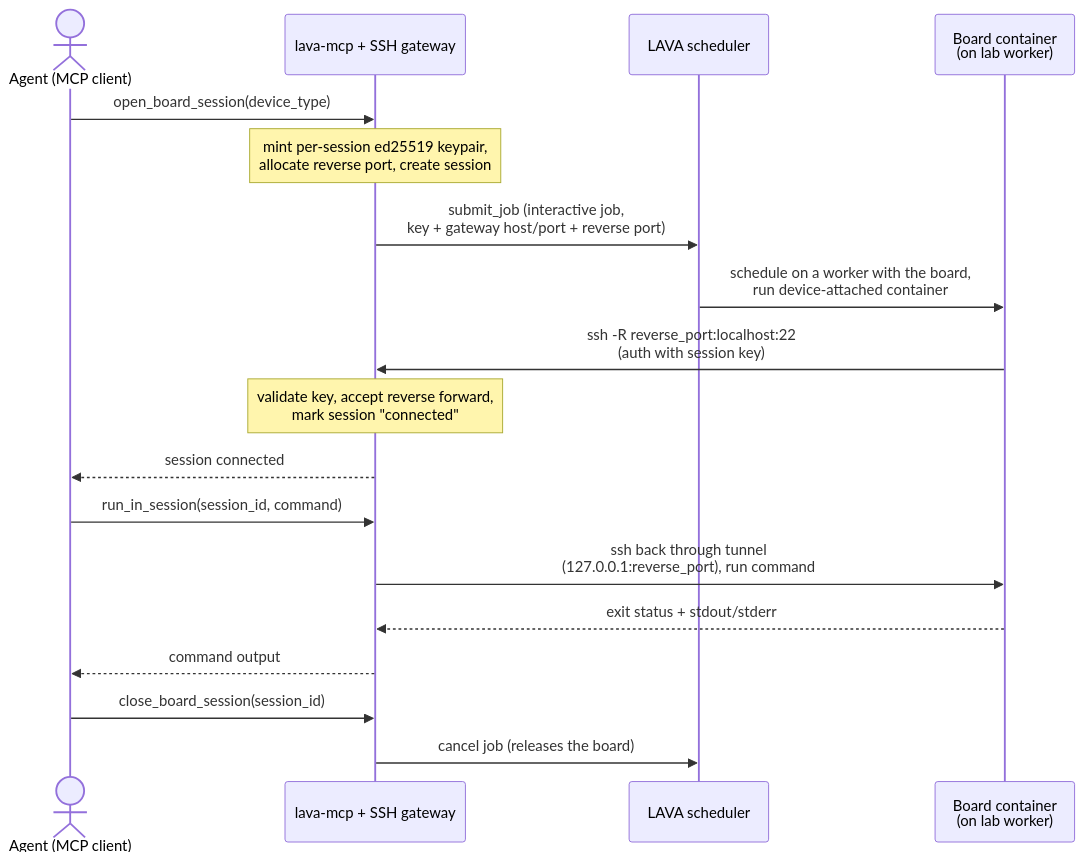
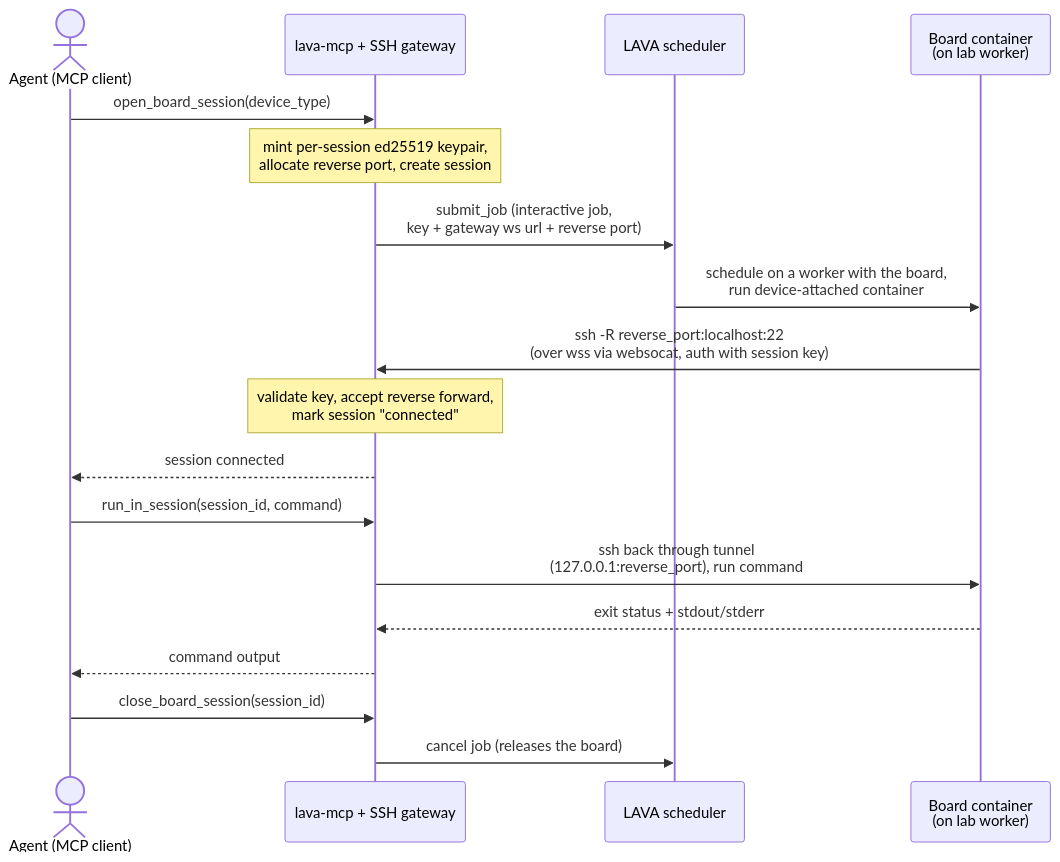
The first of 3 diagrams in README.md (lava-mcp/lava-mcp), drawn with Mermaid before and after one commit. The commit also changed other lines of this file and 9 other files, not shown here.

````diff
--- a/README.md
+++ b/README.md
@@ -88,23 +92,23 @@
 ```mermaid
 sequenceDiagram
     actor Agent as Agent (MCP client)
     participant MCP as lava-mcp + SSH gateway
     participant LAVA as LAVA scheduler
     participant Board as Board container<br/>(on lab worker)
 
     Agent->>MCP: open_board_session(device_type)
     Note over MCP: mint per-session ed25519 keypair,<br/>allocate reverse port, create session
-    MCP->>LAVA: submit_job (interactive job,<br/>key + gateway host/port + reverse port)
+    MCP->>LAVA: submit_job (interactive job,<br/>key + gateway ws url + reverse port)
     LAVA->>Board: schedule on a worker with the board,<br/>run device-attached container
-    Board->>MCP: ssh -R reverse_port:localhost:22<br/>(auth with session key)
+    Board->>MCP: ssh -R reverse_port:localhost:22<br/>(over wss via websocat, auth with session key)
     Note over MCP: validate key, accept reverse forward,<br/>mark session "connected"
     MCP-->>Agent: session connected
 
     Agent->>MCP: run_in_session(session_id, command)
     MCP->>Board: ssh back through tunnel<br/>(127.0.0.1:reverse_port), run command
     Board-->>MCP: exit status + stdout/stderr
     MCP-->>Agent: command output
 
     Agent->>MCP: close_board_session(session_id)
     MCP->>LAVA: cancel job (releases the board)
 ```
````
